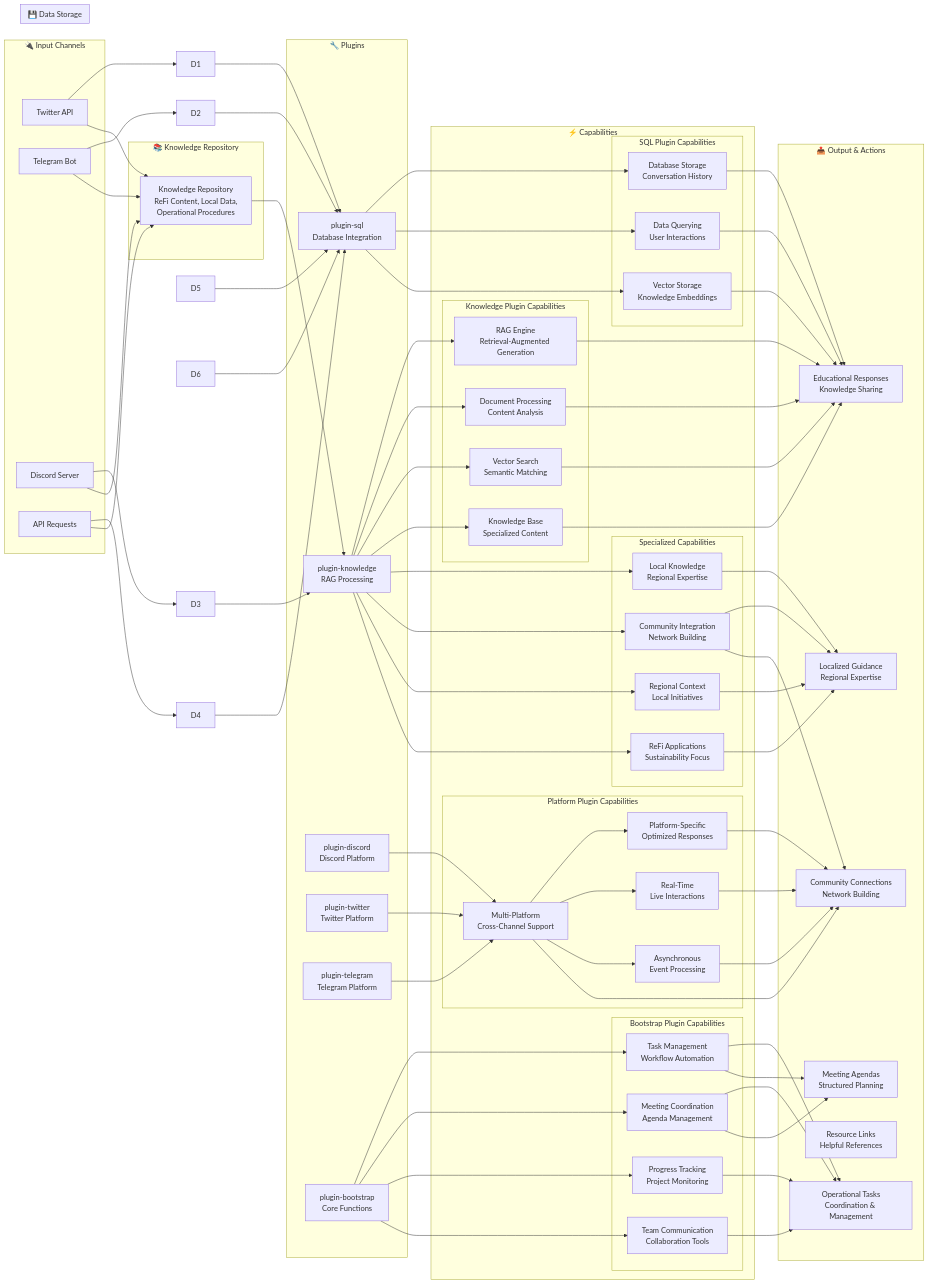
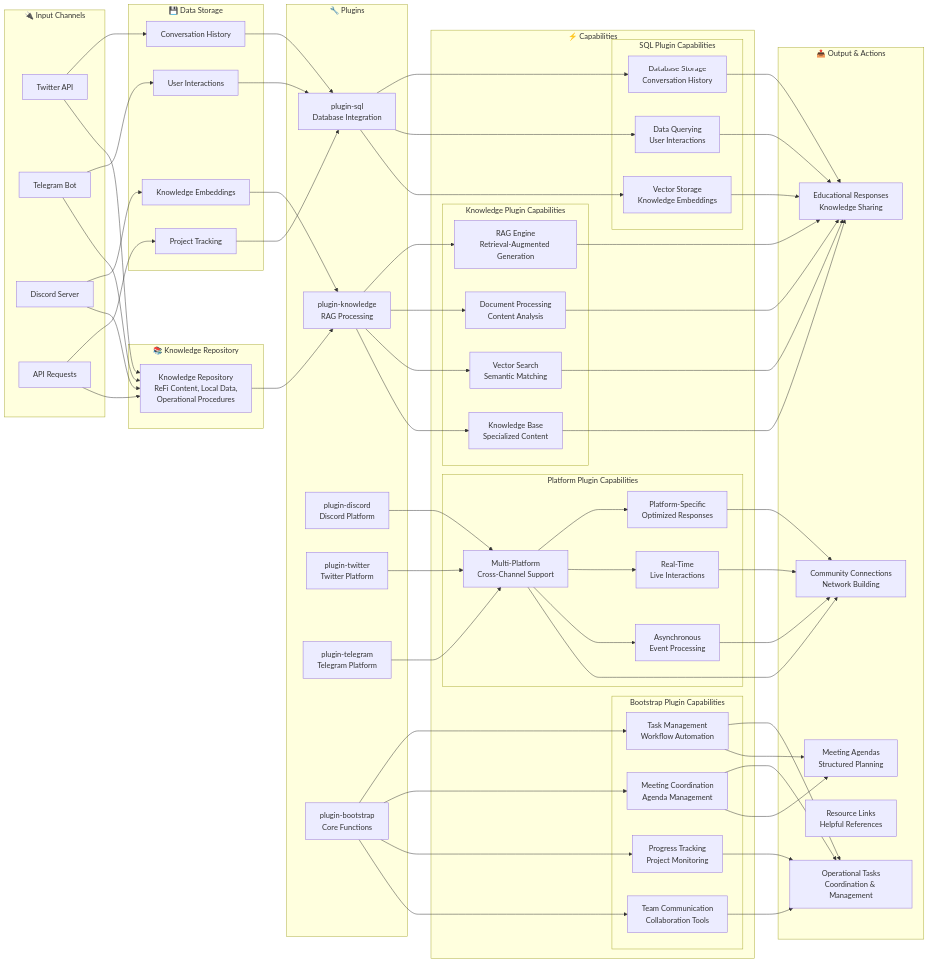
Before and after one commit to ReFiDAO/regen_eliza-refi_dao: the first of 11 diagrams in README.md, drawn with Mermaid. The commit also changed other lines of this file, not shown here.

Commit message:
docs: fix template diagram inconsistencies and clean up connections
- Fix empty Data Storage subgraph by adding missing elements (D1-D4)
- Remove references to non-existent elements (D5, D6, C21)
- Fix output numbering to be consistent (O1-O5 instead of O1, O3, O4, O5, O6)
- Update capability connections to use correct output numbers
- Clean up all connections to remove broken references
- Update documentation to reflect 5 output actions
- Ensure all elements referenced in connections actually exist
- Maintain clean flow and proper connections throughout diagram

````diff
--- a/README.md
+++ b/README.md
@@ -22,6 +22,10 @@
     
     %% Data Storage (before plugins)
     subgraph "💾 Data Storage"
+        D1[Conversation History]
+        D2[User Interactions]
+        D3[Knowledge Embeddings]
+        D4[Project Tracking]
     end
     
     %% Knowledge Repository (before plugins)
@@ -68,22 +72,15 @@
             C19[Team Communication<br/>Collaboration Tools]
         end
         
-        subgraph "Specialized Capabilities"
-            C20[Local Knowledge<br/>Regional Expertise]
-            C21[Community Integration<br/>Network Building]
-            C22[Regional Context<br/>Local Initiatives]
-            C23[ReFi Applications<br/>Sustainability Focus]
-        end
     end
     
     %% Output Actions
     subgraph "📤 Output & Actions"
         O1[Educational Responses<br/>Knowledge Sharing]
-        O2[Localized Guidance<br/>Regional Expertise]
-        O3[Operational Tasks<br/>Coordination & Management]
-        O4[Community Connections<br/>Network Building]
-        O5[Resource Links<br/>Helpful References]
-        O6[Meeting Agendas<br/>Structured Planning]
+        O2[Operational Tasks<br/>Coordination & Management]
+        O3[Community Connections<br/>Network Building]
+        O4[Resource Links<br/>Helpful References]
+        O5[Meeting Agendas<br/>Structured Planning]
     end
     
     %% Connections: Input -> Data Storage & Knowledge Repository
@@ -102,8 +99,6 @@
     D2 --> P1
     D3 --> P2
     D4 --> P1
-    D5 --> P1
-    D6 --> P1
     
     KR --> P2
     
@@ -129,12 +124,7 @@
     P6 --> C17
     P6 --> C18
     P6 --> C19
-    
-    %% Specialized capabilities (from knowledge and platform plugins)
-    P2 --> C20
-    P2 --> C21
-    P2 --> C22
-    P2 --> C23
+
     
     %% Capabilities -> Output & Actions
     C1 --> O1
@@ -145,22 +135,17 @@
     C6 --> O1
     C7 --> O1
     
-    C20 --> O2
-    C21 --> O2
-    C22 --> O2
-    C23 --> O2
     
-    C16 --> O3
-    C17 --> O3
-    C18 --> O3
-    C19 --> O3
+    C16 --> O2
+    C17 --> O2
+    C18 --> O2
+    C19 --> O2
     
-    C12 --> O4
-    C13 --> O4
-    C14 --> O4
-    C15 --> O4
-    C21 --> O4
+    C12 --> O3
+    C13 --> O3
+    C14 --> O3
+    C15 --> O3
     
-    C17 --> O6
-    C16 --> O6
+    C17 --> O5
+    C16 --> O5
 ```
````
